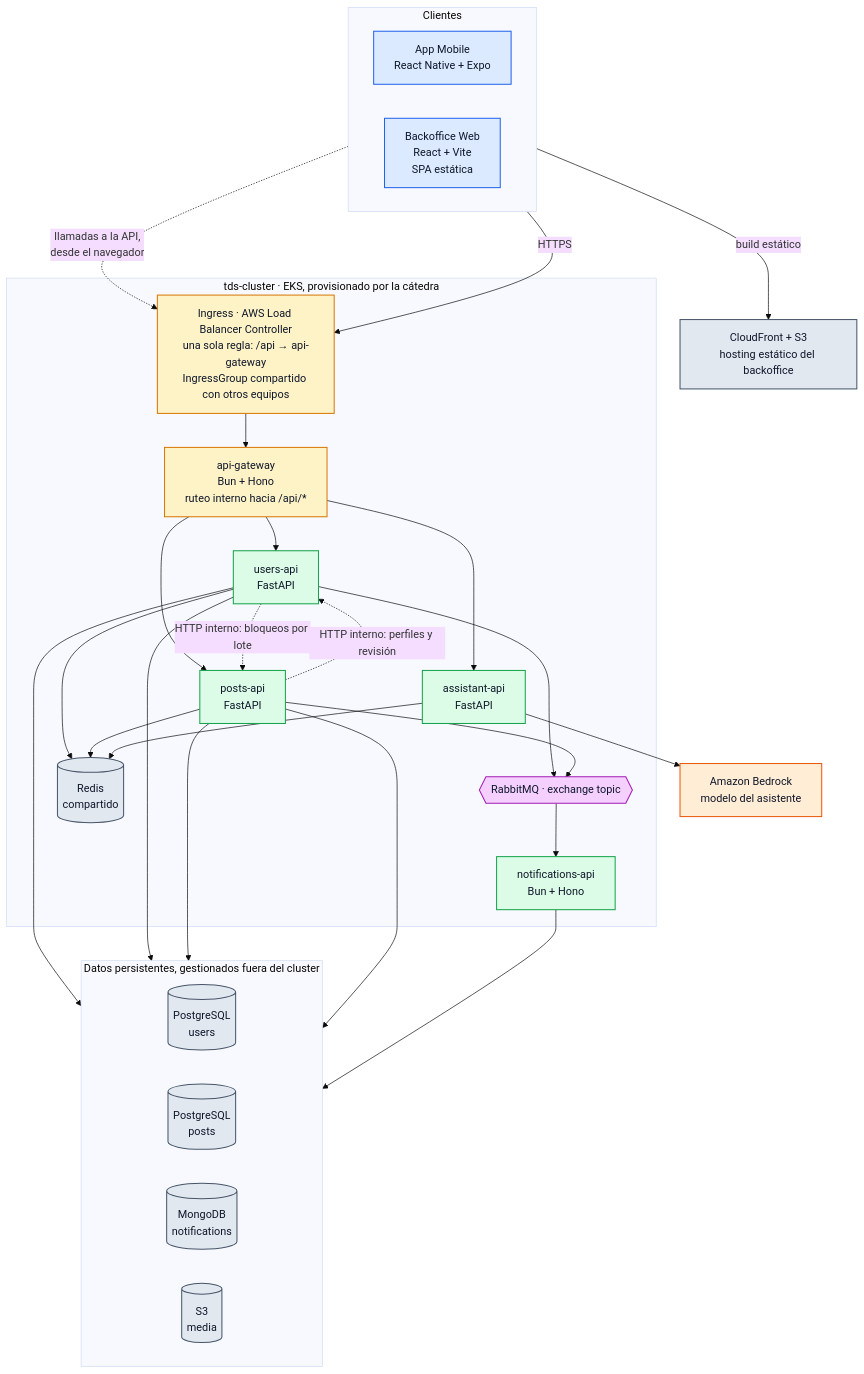
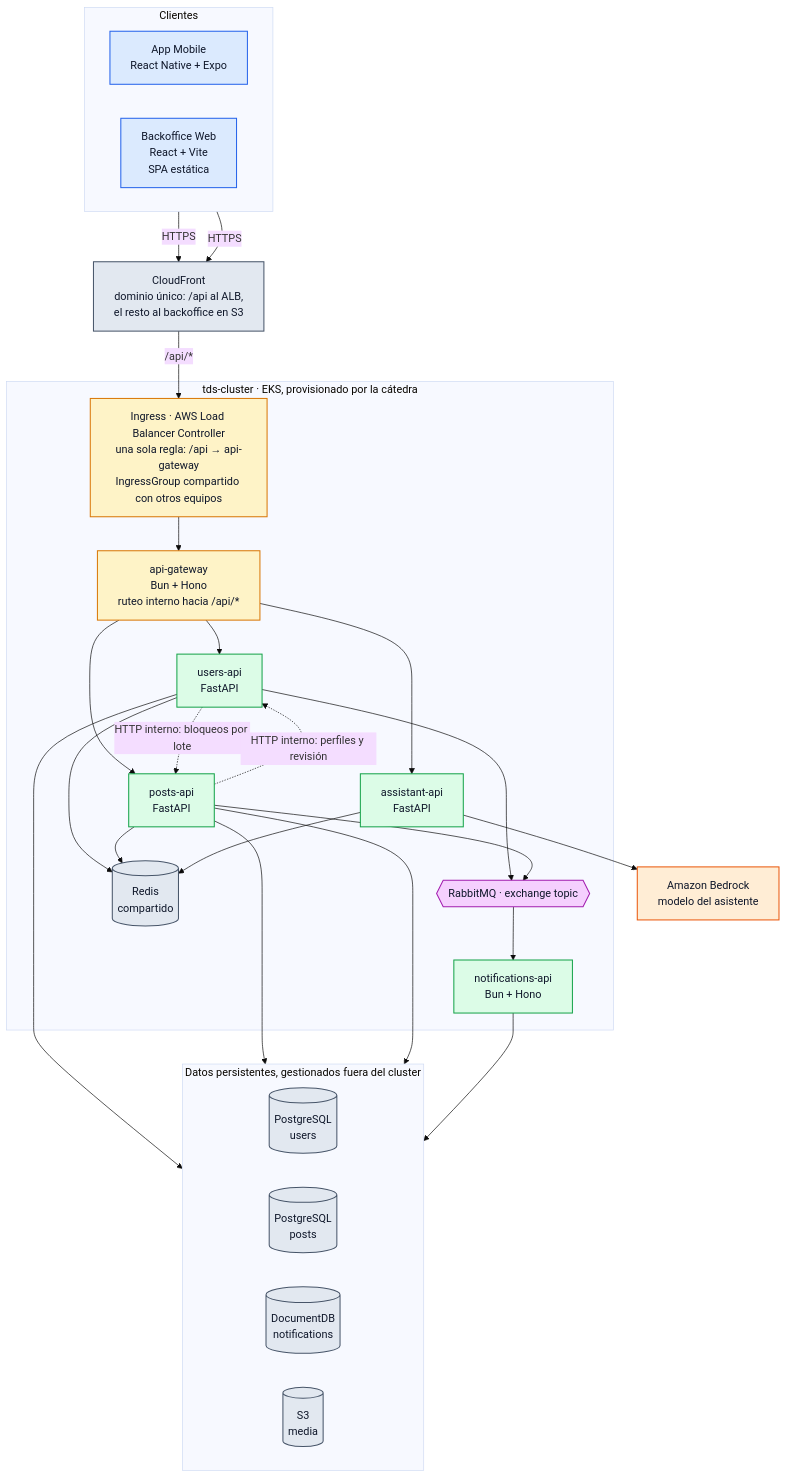
The second of 6 diagrams in docs/ARQUITECTURA.md (tds-g3-2s2026/udesa-x-platform), drawn with Mermaid (base theme) before and after one commit. The commit also changed other lines of this file and 3 other files, not shown here.

````diff
--- a/docs/ARQUITECTURA.md
+++ b/docs/ARQUITECTURA.md
@@ -191,61 +191,60 @@
 ```mermaid
 flowchart TB
     subgraph clientes["Clientes"]
         direction LR
         MOB["App Mobile<br/>React Native + Expo"]
         BO["Backoffice Web<br/>React + Vite<br/>SPA estática"]
     end
-    CDN["CloudFront + S3<br/>hosting estático del backoffice"]
+    CDN["CloudFront<br/>dominio único: /api al ALB,<br/>el resto al backoffice en S3"]
     subgraph cluster["tds-cluster · EKS, provisionado por la cátedra"]
         ING["Ingress · AWS Load Balancer Controller<br/>una sola regla: /api → api-gateway<br/>IngressGroup compartido con otros equipos"]
         GW["api-gateway<br/>Bun + Hono<br/>ruteo interno hacia /api/*"]
         USR["users-api<br/>FastAPI"]
         PST["posts-api<br/>FastAPI"]
         NTF["notifications-api<br/>Bun + Hono"]
         AST["assistant-api<br/>FastAPI"]
         MQ{{"RabbitMQ · exchange topic"}}
         RED[("Redis<br/>compartido")]
     end
     subgraph datos["Datos persistentes, gestionados fuera del cluster"]
         direction LR
         PGU[("PostgreSQL<br/>users")]
         PGP[("PostgreSQL<br/>posts")]
-        MDB[("MongoDB<br/>notifications")]
+        MDB[("DocumentDB<br/>notifications")]
         OBJ[("S3<br/>media")]
     end
     LLM["Amazon Bedrock<br/>modelo del asistente"]
-    BO -->|"build estático"| CDN
-    BO -.->|"llamadas a la API,<br/>desde el navegador"| ING
-    MOB -->|HTTPS| ING
+    BO -->|HTTPS| CDN
+    MOB -->|HTTPS| CDN
+    CDN -->|"/api/*"| ING
     ING --> GW
     GW --> USR
     GW --> PST
     USR -.->|"HTTP interno: bloqueos por lote"| PST
     PST -.->|"HTTP interno: perfiles y revisión"| USR
     GW --> AST
     USR --> MQ
     PST --> MQ
     MQ --> NTF
     USR --> PGU
     USR --> RED
-    USR --> OBJ
     PST --> PGP
     PST --> RED
     PST --> OBJ
     NTF --> MDB
     AST --> RED
     AST --> LLM
     classDef cliente fill:#dbeafe,stroke:#2563eb,stroke-width:1.5px,color:#0f172a
     classDef borde fill:#fef3c7,stroke:#d97706,stroke-width:1.5px,color:#0f172a
     classDef svc fill:#dcfce7,stroke:#16a34a,stroke-width:1.5px,color:#0f172a
     classDef bus fill:#f5d0fe,stroke:#a21caf,stroke-width:1.5px,color:#0f172a
     classDef store fill:#e2e8f0,stroke:#475569,stroke-width:1.5px,color:#0f172a
     classDef externo fill:#ffedd5,stroke:#ea580c,stroke-width:1.5px,color:#0f172a
     class MOB,BO cliente
     class ING,GW borde
     class USR,PST,NTF,AST svc
     class MQ bus
     class PGU,PGP,RED,MDB,OBJ store
     class CDN store
     class LLM externo
 ```
````
